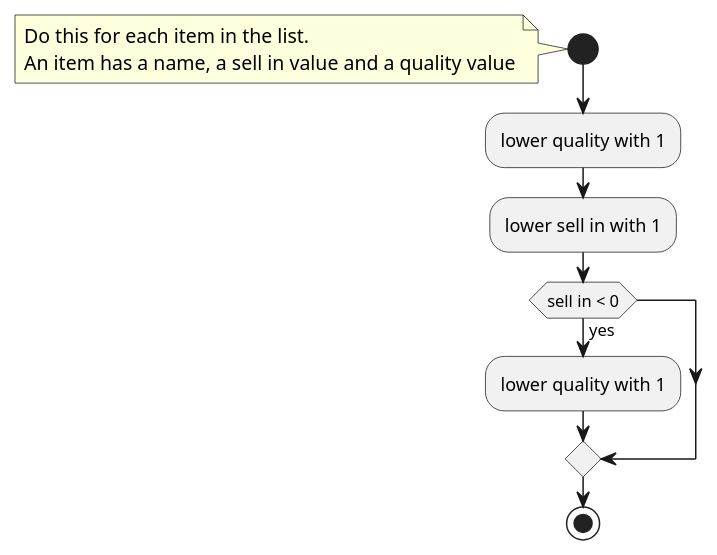
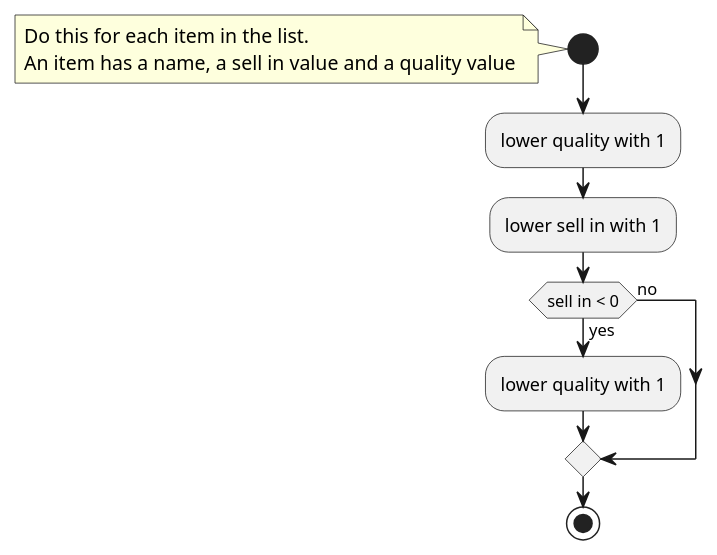
One commit to emilybache/GildedRose-Refactoring-Kata changed the diagram in plantuml/history/02_sell-by-passed.puml. Above: the diagram before and after it, drawn with PlantUML. The commit also changed 6 other files, not shown here.

```diff
--- a/plantuml/history/02_sell-by-passed.puml
+++ b/plantuml/history/02_sell-by-passed.puml
@@ -1,19 +1,19 @@
 @startuml
 
 start
 note left
     Do this for each item in the list.
     An item has a name, a sell in value and a quality value
 end note
 
 -lower quality with 1
-
 -lower sell in with 1
 
 if (sell in < 0) then (yes)
     -lower quality with 1
+else (no)
 endif
 
 stop
 
 @enduml
```
